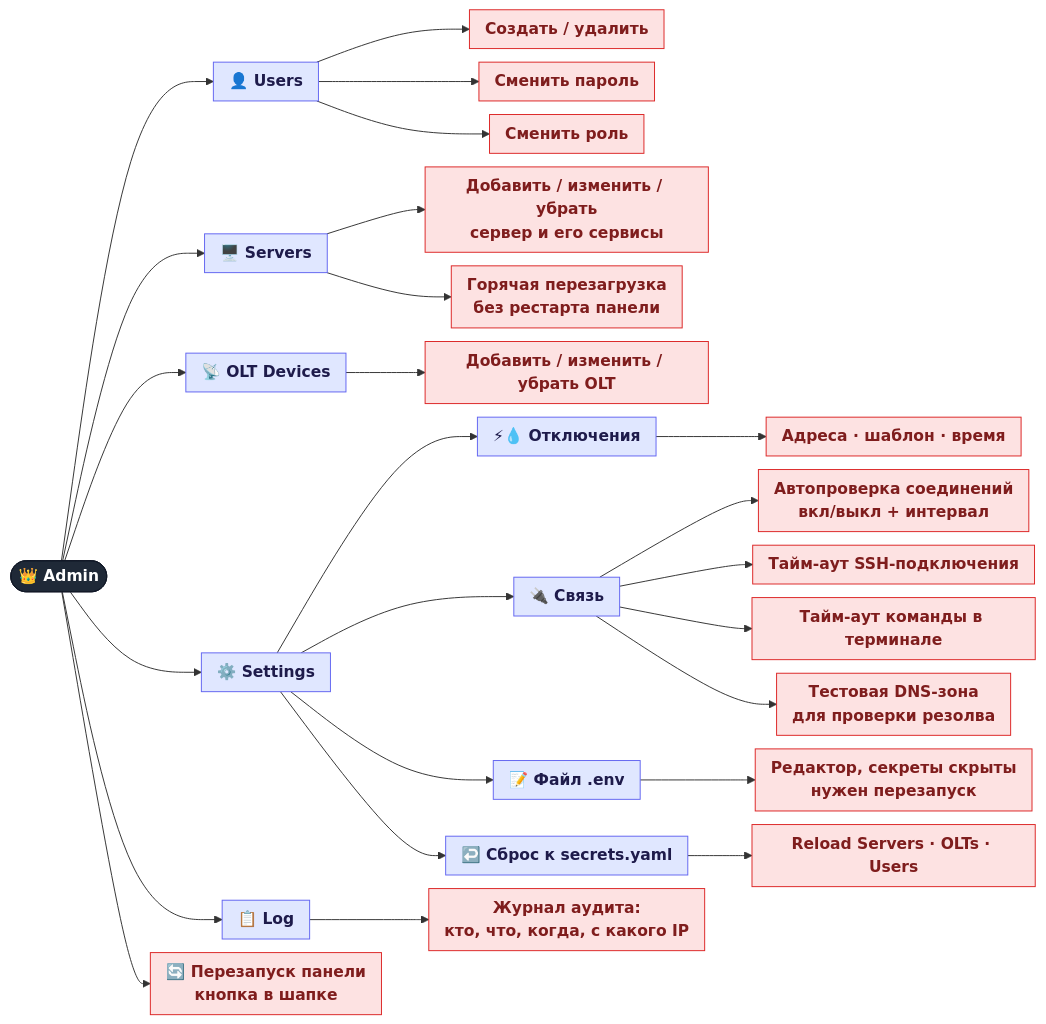
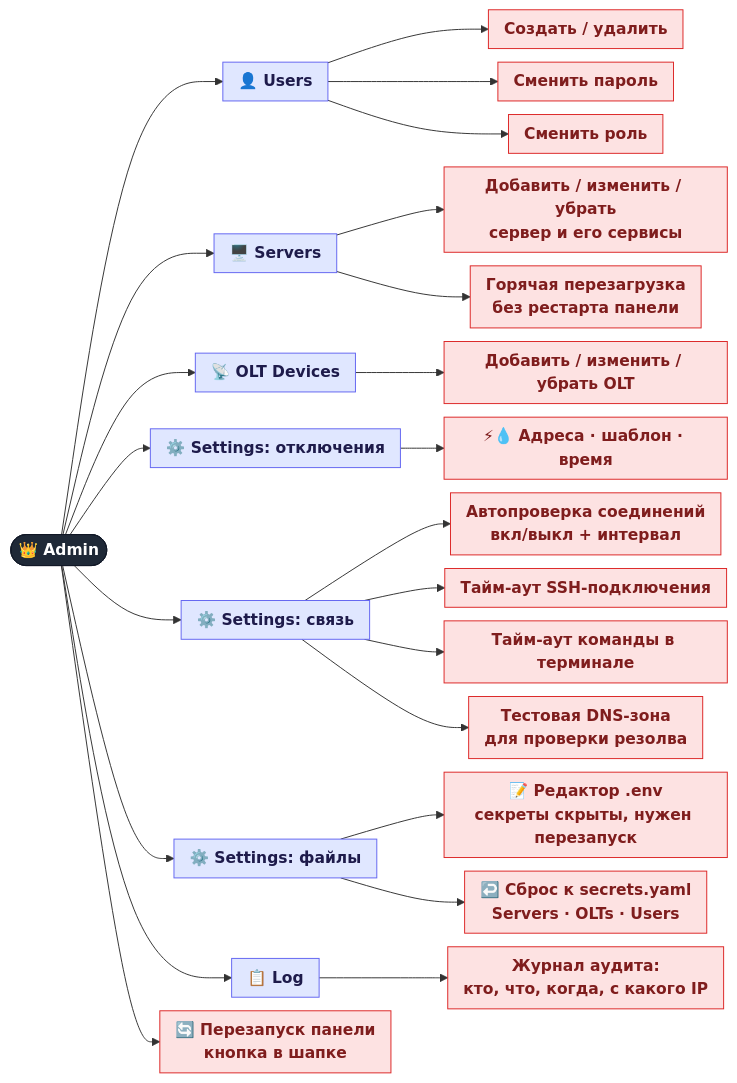
One commit to Madly222/MCPforMonitoring changed the first of 2 diagrams in docs/features/08-admin.md. Above: the diagram before and after it, drawn with Mermaid. The commit also changed 1 other file, not shown here.

Commit message:
docs(features): flatten NetBox and Admin trees to two levels
Three-level trees were wider than GitHubs content column and got cropped.

````diff
--- a/docs/features/08-admin.md
+++ b/docs/features/08-admin.md
@@ -8,39 +8,39 @@
 ```mermaid
 %%{init: {"flowchart": {"nodeSpacing": 14, "rankSpacing": 45, "curve": "basis", "padding": 8, "wrappingWidth": 260}}}%%
 flowchart LR
     ROOT(["👑 Admin"]):::root
 
     ROOT --> USR["👤 Users"]:::group
     USR --> U1["Создать / удалить"]:::super
     USR --> U2["Сменить пароль"]:::super
     USR --> U3["Сменить роль"]:::super
 
     ROOT --> SRV["🖥️ Servers"]:::group
     SRV --> S1["Добавить / изменить / убрать<br/>сервер и его сервисы"]:::super
     SRV --> S2["Горячая перезагрузка<br/>без рестарта панели"]:::super
 
     ROOT --> OLT["📡 OLT Devices"]:::group
     OLT --> O1["Добавить / изменить / убрать OLT"]:::super
 
-    ROOT --> SET["⚙️ Settings"]:::group
-    SET --> OUT["⚡💧 Отключения"]:::group
-    OUT --> T1["Адреса · шаблон · время"]:::super
-    SET --> NET["🔌 Связь"]:::group
+    ROOT --> OUT["⚙️ Settings: отключения"]:::group
+    OUT --> T1["⚡💧 Адреса · шаблон · время"]:::super
+
+    ROOT --> NET["⚙️ Settings: связь"]:::group
     NET --> T2["Автопроверка соединений<br/>вкл/выкл + интервал"]:::super
     NET --> T3["Тайм-аут SSH-подключения"]:::super
     NET --> T4["Тайм-аут команды в терминале"]:::super
     NET --> T5["Тестовая DNS-зона<br/>для проверки резолва"]:::super
-    SET --> ENV["📝 Файл .env"]:::group
-    ENV --> T6["Редактор, секреты скрыты<br/>нужен перезапуск"]:::super
-    SET --> RES["↩️ Сброс к secrets.yaml"]:::group
-    RES --> T7["Reload Servers · OLTs · Users"]:::super
+
+    ROOT --> ENV["⚙️ Settings: файлы"]:::group
+    ENV --> T6["📝 Редактор .env<br/>секреты скрыты, нужен перезапуск"]:::super
+    ENV --> T7["↩️ Сброс к secrets.yaml<br/>Servers · OLTs · Users"]:::super
 
     ROOT --> AUD["📋 Log"]:::group
     AUD --> A1["Журнал аудита:<br/>кто, что, когда, с какого IP"]:::super
 
     ROOT --> RST["🔄 Перезапуск панели<br/>кнопка в шапке"]:::super
 
     classDef root  fill:#1f2937,stroke:#111827,color:#ffffff,font-weight:bold
     classDef group fill:#e0e7ff,stroke:#6366f1,color:#1e1b4b,font-weight:bold
     classDef super fill:#fde2e2,stroke:#dc2626,color:#7f1d1d
 ```
````
